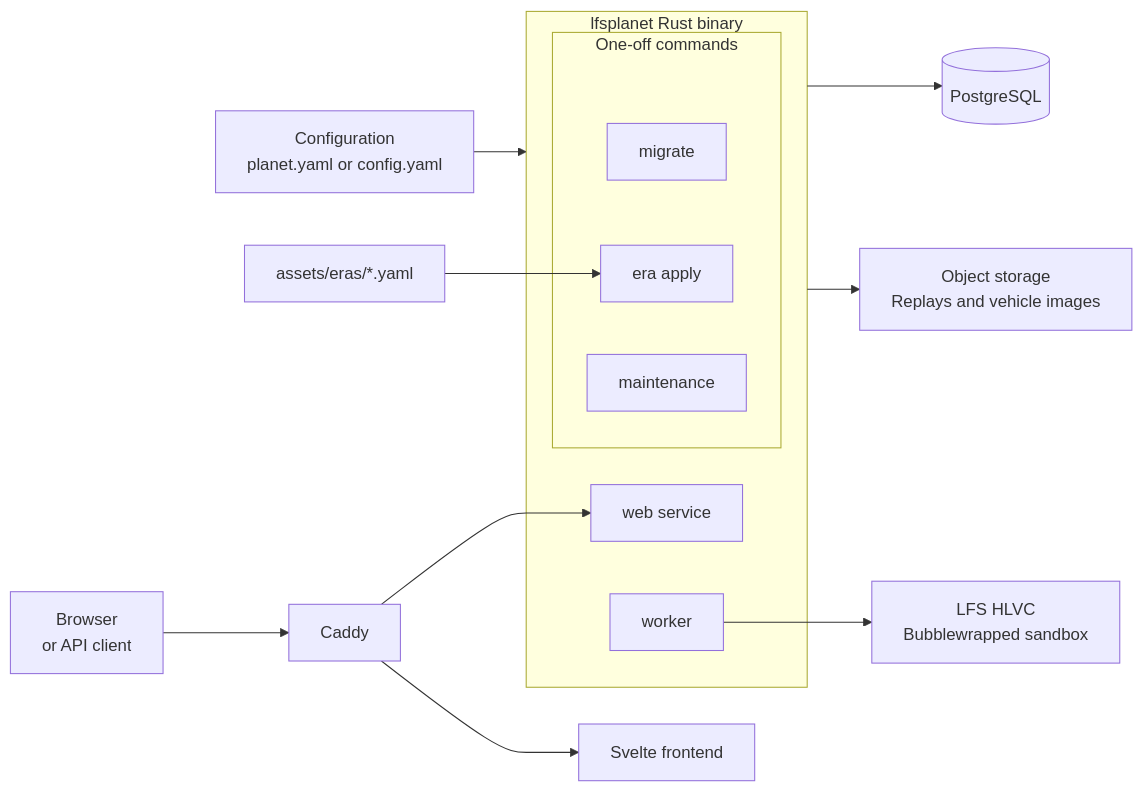
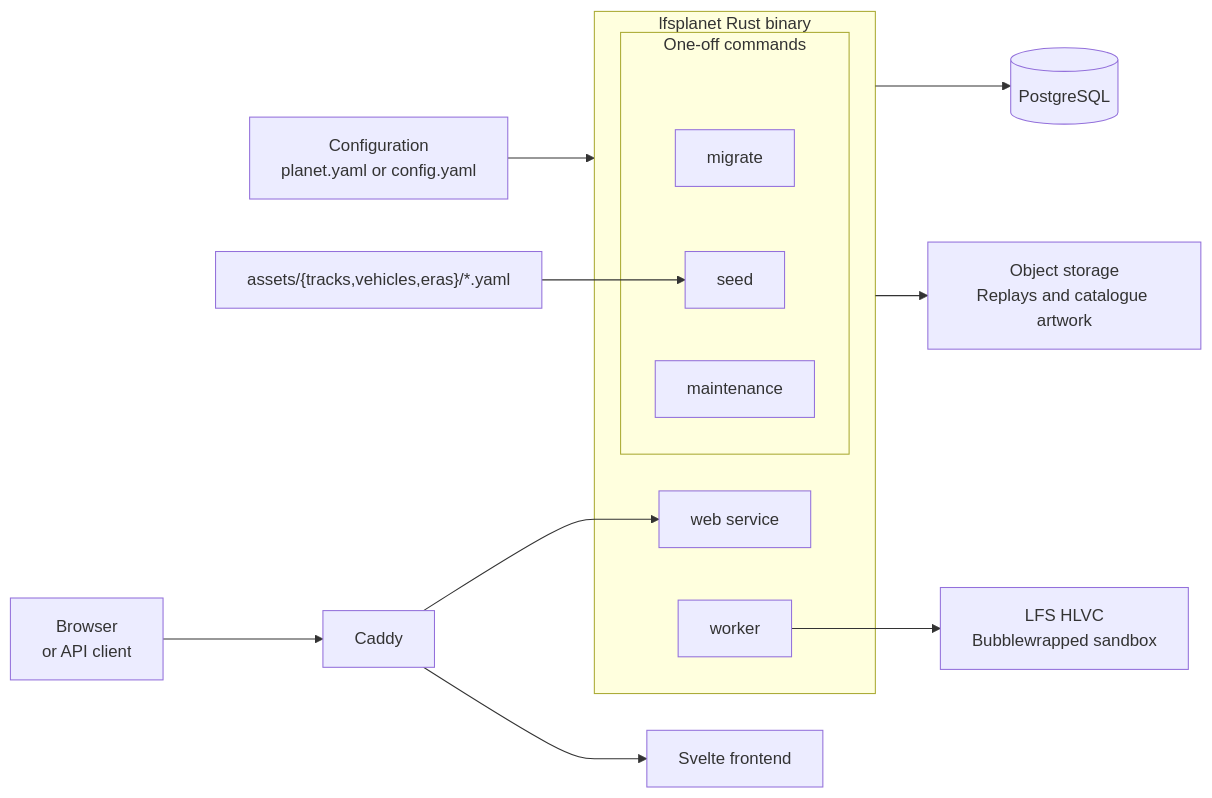
The diagram in docs/architecture.md (theangryangel/lfspla.net), drawn with Mermaid before and after one commit. The commit also changed other lines of this file and 144 other files, not shown here.

````diff
--- a/docs/architecture.md
+++ b/docs/architecture.md
@@ -5,22 +5,22 @@
 ```mermaid
 flowchart LR
     User[Browser\nor API client] --> Caddy[Caddy]
     Caddy --> Frontend[Svelte frontend]
     Caddy --> Web[web service]
 
     subgraph App["lfsplanet Rust binary"]
         Web
         Worker[worker]
         subgraph Commands[One-off commands]
             Migrate[migrate]
-            Eras[era apply]
+            Seed[seed]
             Maintenance[maintenance]
         end
     end
 
     App --> Database[(PostgreSQL)]
-    App --> Storage[Object storage\nReplays and vehicle images]
+    App --> Storage[Object storage\nReplays and catalogue artwork]
     Worker --> Game[LFS HLVC\nBubblewrapped sandbox]
     Config[Configuration\nplanet.yaml or config.yaml] --> App
-    EraFiles["assets/eras/*.yaml"] --> Eras
+    CatalogueFiles["assets/{tracks,vehicles,eras}/*.yaml"] --> Seed
 ```
````
